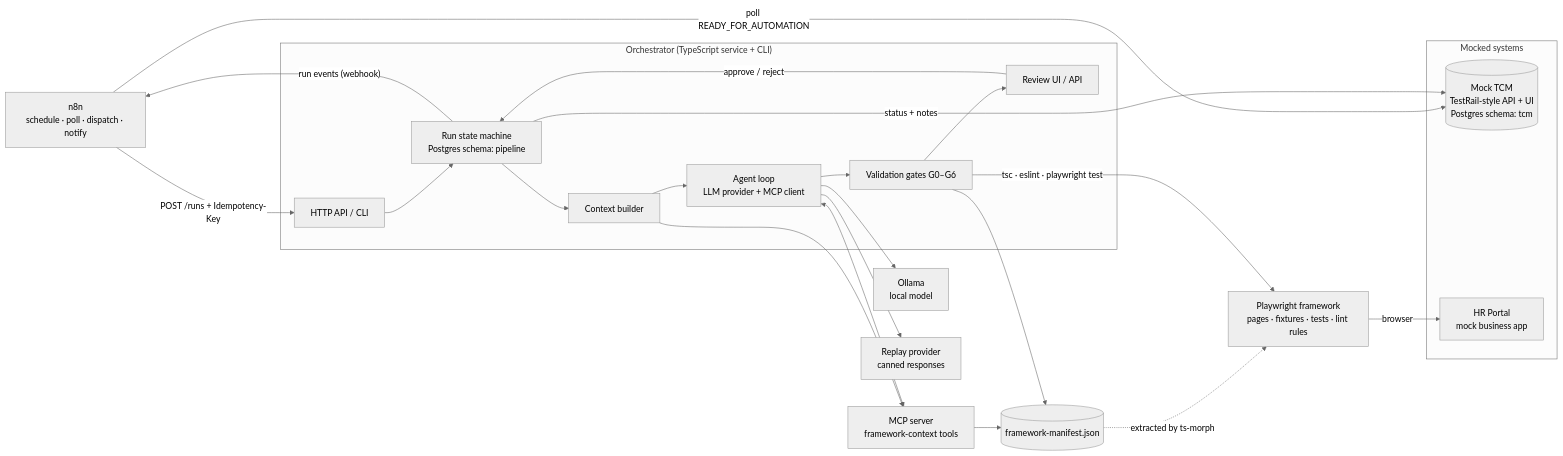
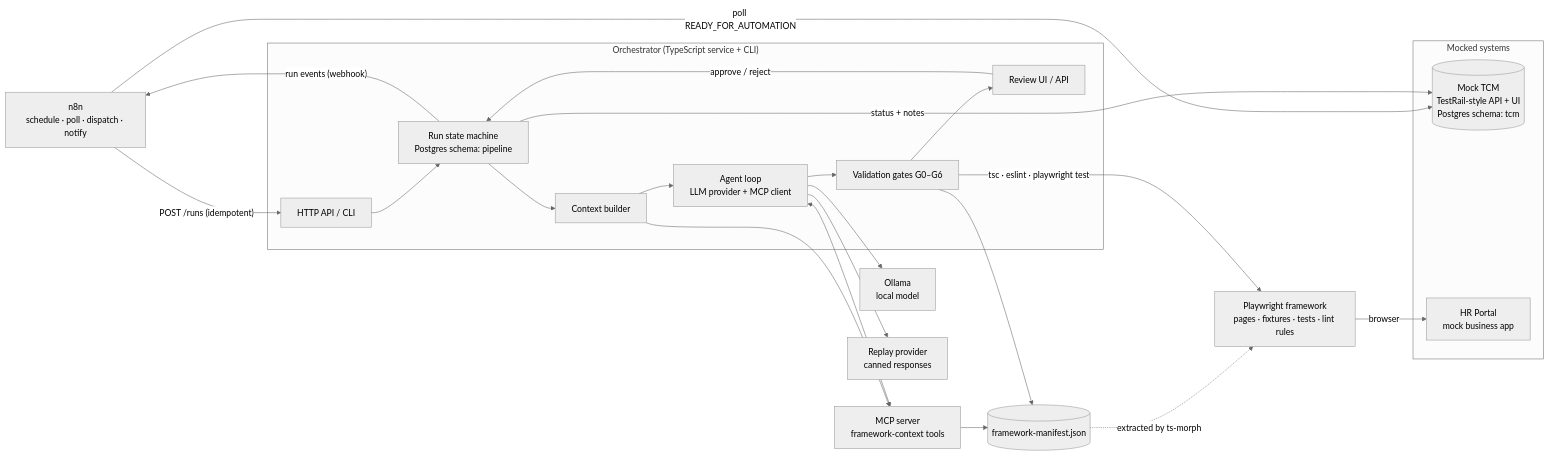
One commit to latczar/agentic-qa-tcm changed the diagram in docs/ARCHITECTURE.md. Above: the diagram before and after it, drawn with Mermaid (neutral theme). The commit also changed other lines of this file and 14 other files, not shown here.

````diff
--- a/docs/ARCHITECTURE.md
+++ b/docs/ARCHITECTURE.md
@@ -22,40 +22,40 @@
 ```mermaid
 flowchart LR
   subgraph mocked["Mocked systems"]
     TCM[("Mock TCM<br/>TestRail-style API + UI<br/>Postgres schema: tcm")]
     APP["HR Portal<br/>mock business app"]
   end
 
   N8N["n8n<br/>schedule · poll · dispatch · notify"]
 
   subgraph orch["Orchestrator (TypeScript service + CLI)"]
     API["HTTP API / CLI"]
     SM["Run state machine<br/>Postgres schema: pipeline"]
     CTX["Context builder"]
     AG["Agent loop<br/>LLM provider + MCP client"]
     VAL["Validation gates G0–G6"]
     REV["Review UI / API"]
   end
 
   MCP["MCP server<br/>framework-context tools"]
   MAN[("framework-manifest.json")]
   FW["Playwright framework<br/>pages · fixtures · tests · lint rules"]
   LLM["Ollama<br/>local model"]
   REPLAY["Replay provider<br/>canned responses"]
 
   N8N -->|"poll READY_FOR_AUTOMATION"| TCM
-  N8N -->|"POST /runs + Idempotency-Key"| API
+  N8N -->|"POST /runs (idempotent)"| API
   API --> SM --> CTX --> AG --> VAL --> REV
   CTX --> MCP
   AG <--> MCP
   MCP --> MAN
   MAN -. "extracted by ts-morph" .-> FW
   VAL --> MAN
   VAL -->|"tsc · eslint · playwright test"| FW
   FW -->|"browser"| APP
   AG --> LLM
   AG --> REPLAY
   REV -->|"approve / reject"| SM
   SM -->|"status + notes"| TCM
   SM -->|"run events (webhook)"| N8N
 ```
````
